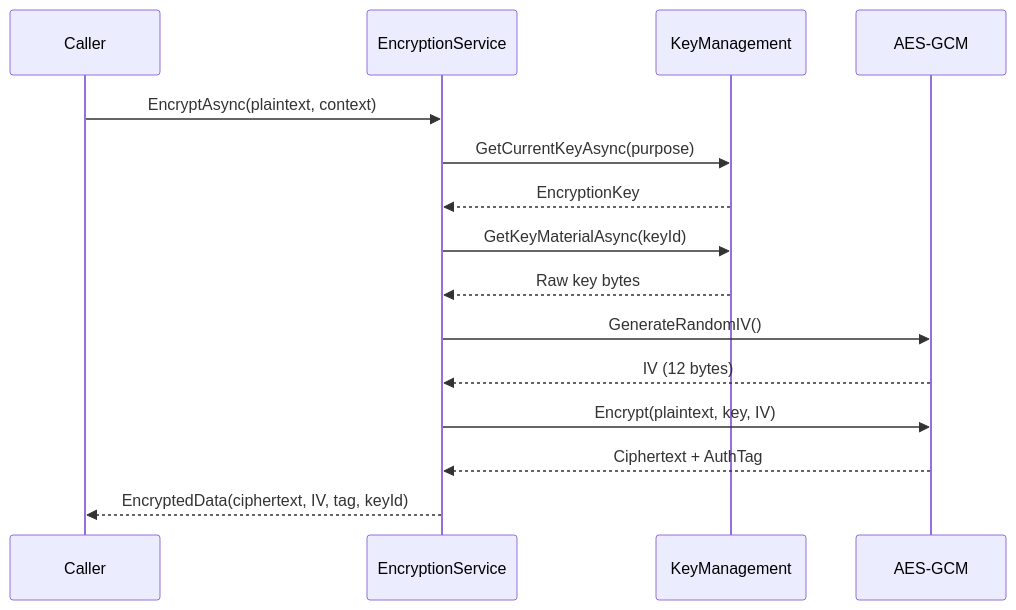
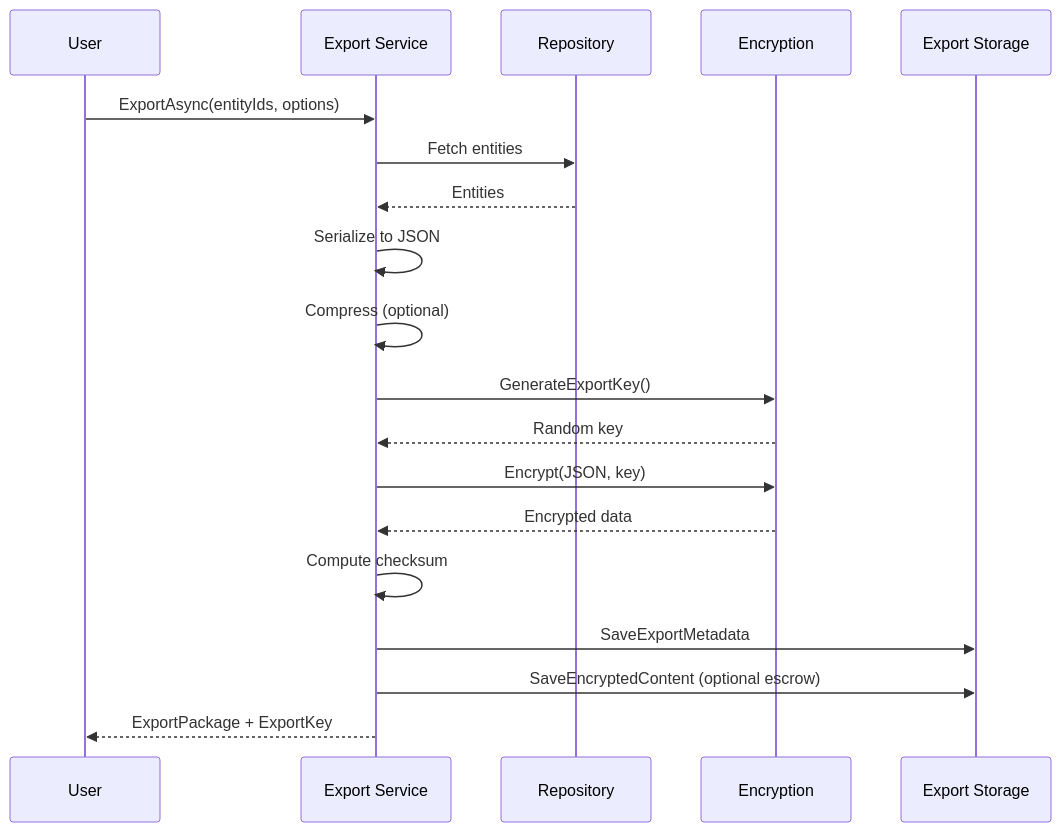
One commit to southpawriter02/lexichord changed the first of 2 diagrams in docs/specs/v0.11.x/v0.11.3/LCS-DES-v0.11.3-SEC-f.md. Above: the diagram before and after it, drawn with Mermaid. The commit also changed other lines of this file and 74 other files, not shown here.

````diff
--- a/docs/specs/v0.11.x/v0.11.3/LCS-DES-v0.11.3-SEC-f.md
+++ b/docs/specs/v0.11.x/v0.11.3/LCS-DES-v0.11.3-SEC-f.md
@@ -647,18 +907,22 @@
 ```mermaid
 sequenceDiagram
-    participant Caller
-    participant EncService as EncryptionService
-    participant KeyMgmt as KeyManagement
-    participant Crypto as AES-GCM
+    participant User
+    participant Export as Export Service
+    participant Repo as Repository
+    participant Enc as Encryption
+    participant Storage as Export Storage
 
-    Caller->>EncService: EncryptAsync(plaintext, context)
-    EncService->>KeyMgmt: GetCurrentKeyAsync(purpose)
-    KeyMgmt-->>EncService: EncryptionKey
-    EncService->>KeyMgmt: GetKeyMaterialAsync(keyId)
-    KeyMgmt-->>EncService: Raw key bytes
-    EncService->>Crypto: GenerateRandomIV()
-    Crypto-->>EncService: IV (12 bytes)
-    EncService->>Crypto: Encrypt(plaintext, key, IV)
-    Crypto-->>EncService: Ciphertext + AuthTag
-    EncService-->>Caller: EncryptedData(ciphertext, IV, tag, keyId)
+    User->>Export: ExportAsync(entityIds, options)
+    Export->>Repo: Fetch entities
+    Repo-->>Export: Entities
+    Export->>Export: Serialize to JSON
+    Export->>Export: Compress (optional)
+    Export->>Enc: GenerateExportKey()
+    Enc-->>Export: Random key
+    Export->>Enc: Encrypt(JSON, key)
+    Enc-->>Export: Encrypted data
+    Export->>Export: Compute checksum
+    Export->>Storage: SaveExportMetadata
+    Export->>Storage: SaveEncryptedContent (optional escrow)
+    Export-->>User: ExportPackage + ExportKey
 ```
````
